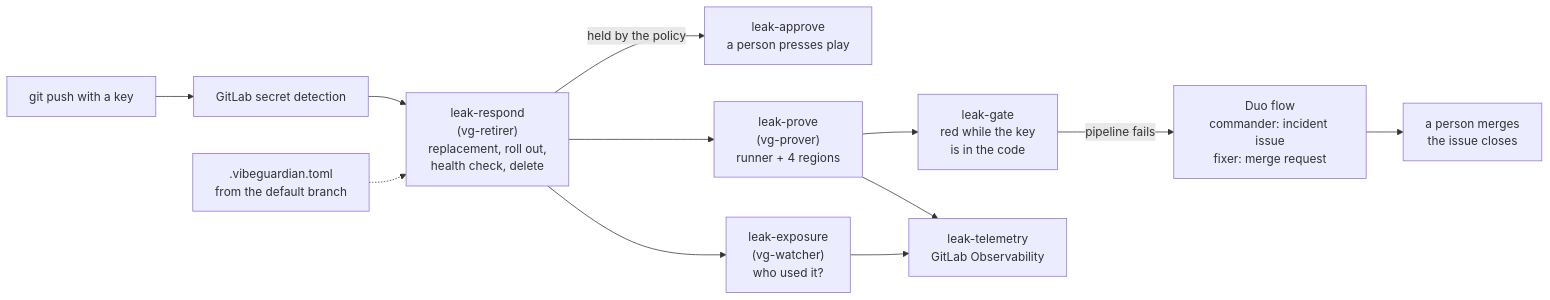
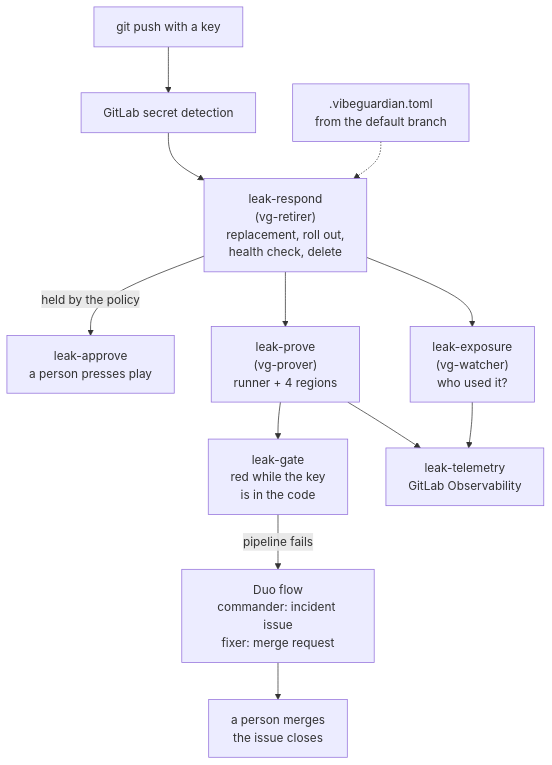
One commit to N-45div/Vibeguardian changed the diagram in README.md. Above: the diagram before and after it, drawn with Mermaid.

Commit message:
Sync with GitLab main f6a0363

````diff
--- a/README.md
+++ b/README.md
@@ -33,14 +33,14 @@
 ```mermaid
-flowchart LR
+flowchart TD
     push["git push with a key"] --> sd["GitLab secret detection"]
     sd --> respond["leak-respond<br/>(vg-retirer)<br/>replacement, roll out,<br/>health check, delete"]
     policy[".vibeguardian.toml<br/>from the default branch"] -.-> respond
     respond -->|"held by the policy"| approve["leak-approve<br/>a person presses play"]
     respond --> prove["leak-prove<br/>(vg-prover)<br/>runner + 4 regions"]
     respond --> exposure["leak-exposure<br/>(vg-watcher)<br/>who used it?"]
     prove --> gate["leak-gate<br/>red while the key<br/>is in the code"]
     prove --> telemetry["leak-telemetry<br/>GitLab Observability"]
     exposure --> telemetry
     gate -->|"pipeline fails"| flow["Duo flow<br/>commander: incident issue<br/>fixer: merge request"]
     flow --> human["a person merges<br/>the issue closes"]
 ```
````
